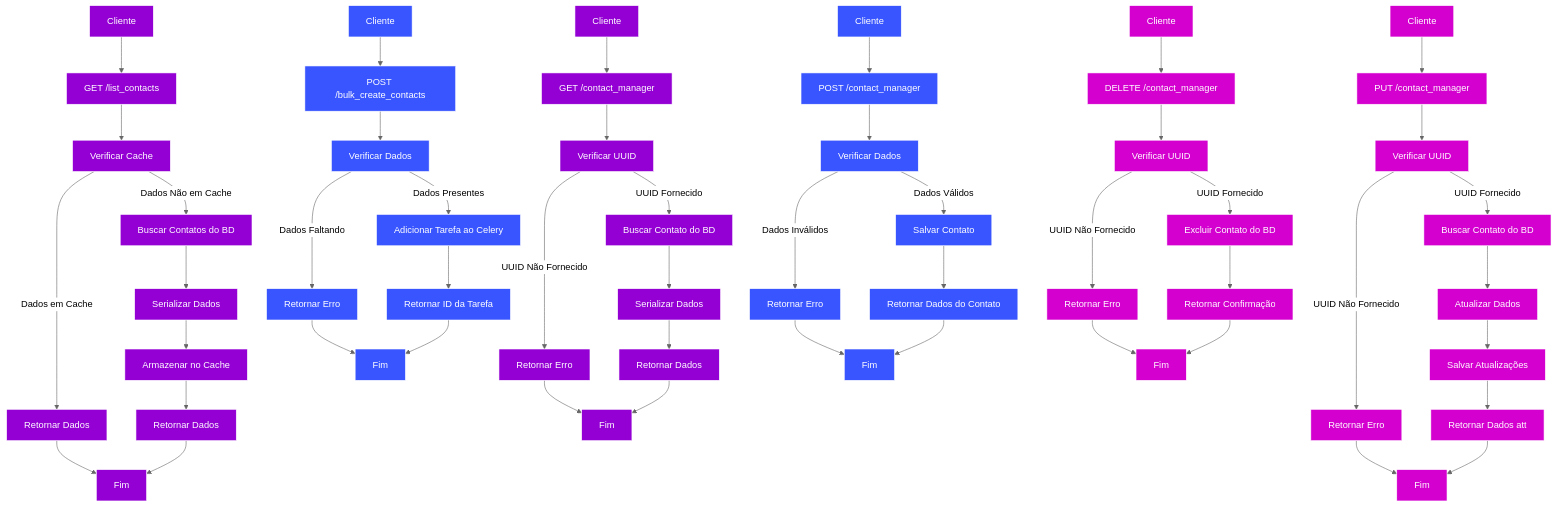
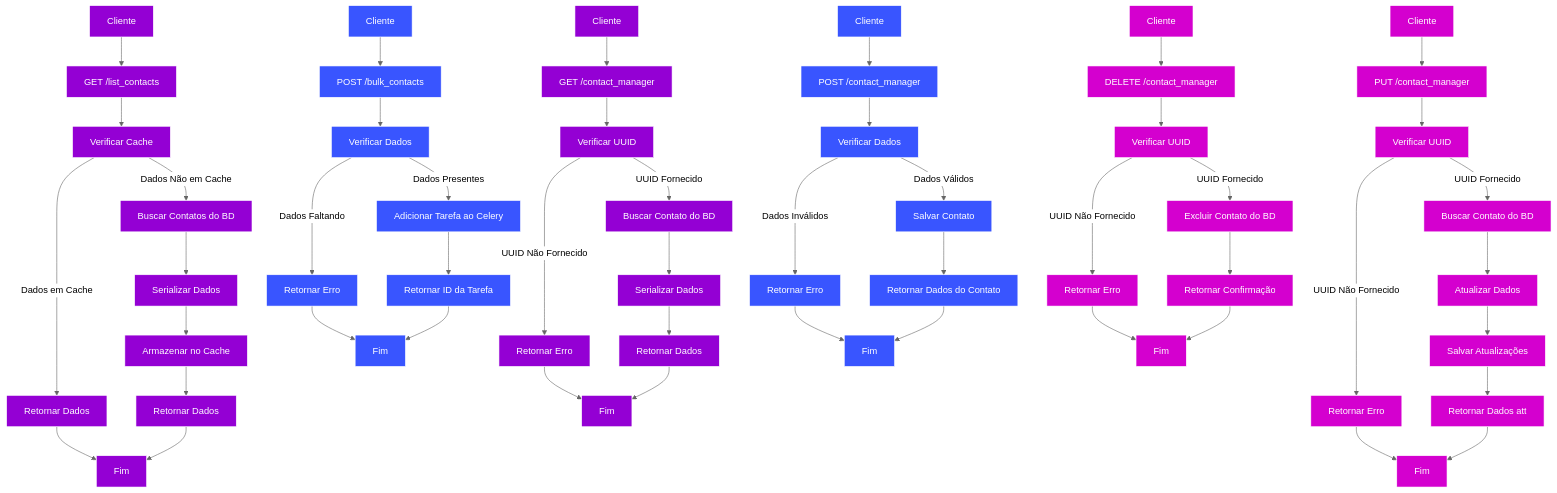
Before and after one commit to matheusbanqueiro/desafio-smbot: the diagram in diagrams.md, drawn with Mermaid (neutral theme).

Commit message:
update name diagrams.md

````diff
--- a/diagrams.md
+++ b/diagrams.md
@@ -14,68 +14,68 @@
 ```mermaid
 flowchart TD
     %% Estilos globais para o diagrama
     classDef azul fill:#3955FF,stroke:#ffffff,color:#ffffff;
     classDef rosa fill:#D400CF,stroke:#ffffff,color:#ffffff;
     classDef roxo fill:#9400D4,stroke:#ffffff,color:#ffffff;
 
     A1[Cliente] --> B1[GET /list_contacts]
     B1 --> C1[Verificar Cache]
     C1 -->|Dados em Cache| D1[Retornar Dados]
     D1 --> E1[Fim]
     C1 -->|Dados Não em Cache| F1[Buscar Contatos do BD]
     F1 --> G1[Serializar Dados]
     G1 --> H1[Armazenar no Cache]
     H1 --> I1[Retornar Dados]
     I1 --> E1[Fim]
 
-    A2[Cliente] --> B2[POST /bulk_create_contacts]
+    A2[Cliente] --> B2[POST /bulk_contacts]
     B2 --> C2[Verificar Dados]
     C2 -->|Dados Faltando| D2[Retornar Erro]
     D2 --> E2[Fim]
     C2 -->|Dados Presentes| F2[Adicionar Tarefa ao Celery]
     F2 --> G2[Retornar ID da Tarefa]
     G2 --> E2[Fim]
 
     A3[Cliente] --> B3[GET /contact_manager]
     B3 --> C3[Verificar UUID]
     C3 -->|UUID Não Fornecido| D3[Retornar Erro]
     D3 --> E3[Fim]
     C3 -->|UUID Fornecido| F3[Buscar Contato do BD]
     F3 --> G3[Serializar Dados]
     G3 --> H3[Retornar Dados]
     H3 --> E3[Fim]
 
     A4[Cliente] --> B4[POST /contact_manager]
     B4 --> C4[Verificar Dados]
     C4 -->|Dados Inválidos| D4[Retornar Erro]
     D4 --> E4[Fim]
     C4 -->|Dados Válidos| F4[Salvar Contato]
     F4 --> G4[Retornar Dados do Contato]
     G4 --> E4[Fim]
 
     A5[Cliente] --> B5[PUT /contact_manager]
     B5 --> C5[Verificar UUID]
     C5 -->|UUID Não Fornecido| D5[Retornar Erro]
     D5 --> E5[Fim]
     C5 -->|UUID Fornecido| F5[Buscar Contato do BD]
     F5 --> G5[Atualizar Dados]
     G5 --> H5[Salvar Atualizações]
     H5 --> I5[Retornar Dados att]
     I5 --> E5[Fim]
 
     A6[Cliente] --> B6[DELETE /contact_manager]
     B6 --> C6[Verificar UUID]
     C6 -->|UUID Não Fornecido| D6[Retornar Erro]
     D6 --> E6[Fim]
     C6 -->|UUID Fornecido| F6[Excluir Contato do BD]
     F6 --> G6[Retornar Confirmação]
     G6 --> E6[Fim]
 
     %% Aplicando classes de cores de acordo com o tipo de requisição
     class A1,B1,C1,D1,E1,F1,G1,H1,I1 roxo; 
     class A2,B2,C2,D2,E2,F2,G2 azul;
     class A3,B3,C3,D3,E3,F3,G3,H3 roxo; 
     class A4,B4,C4,D4,E4,F4,G4 azul; 
     class A5,B5,C5,D5,E5,F5,G5,H5,I5 rosa;
     class A6,B6,C6,D6,E6,F6,G6 rosa;
 ```
````
